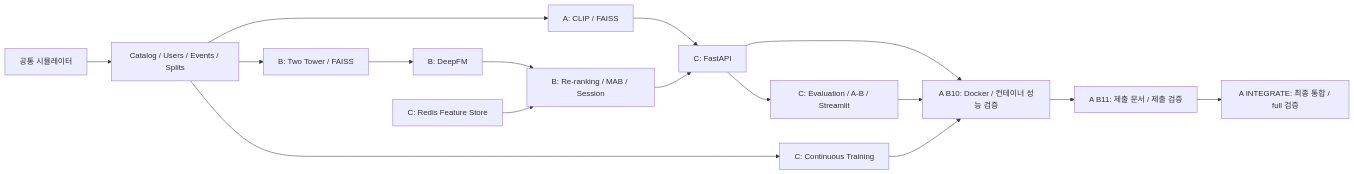
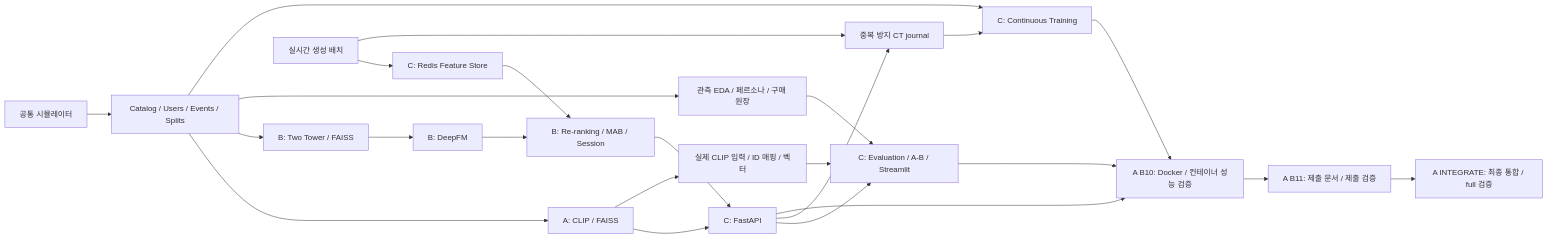
Before and after one commit to k-pang-2026/mm-recsys: the diagram in README.md, drawn with Mermaid. The commit also changed other lines of this file and 624 other files, not shown here.

````diff
--- a/README.md
+++ b/README.md
@@ -50,18 +35,26 @@
 ```mermaid
 flowchart LR
   Simulator[공통 시뮬레이터] --> Dataset[Catalog / Users / Events / Splits]
   Dataset --> Search[A: CLIP / FAISS]
   Dataset --> Candidate[B: Two Tower / FAISS]
   Candidate --> Ranking[B: DeepFM]
   Ranking --> Rerank[B: Re-ranking / MAB / Session]
   Store[C: Redis Feature Store] --> Rerank
   Search --> API[C: FastAPI]
   Rerank --> API
   API --> Dashboard[C: Evaluation / A-B / Streamlit]
+  Dataset --> EDA[관측 EDA / 페르소나 / 구매 원장]
+  EDA --> Dashboard
+  Search --> CLIPData[실제 CLIP 입력 / ID 매핑 / 벡터]
+  CLIPData --> Dashboard
+  Live[실시간 생성 배치] --> Store
+  Live --> Journal[중복 방지 CT journal]
+  API --> Journal
+  Journal --> CT
   Dataset --> CT[C: Continuous Training]
   API --> Docker[A B10: Docker / 컨테이너 성능 검증]
   Dashboard --> Docker
   CT --> Docker
   Docker --> Submission[A B11: 제출 문서 / 제출 검증]
   Submission --> Integration[A INTEGRATE: 최종 통합 / full 검증]
 ```
````
